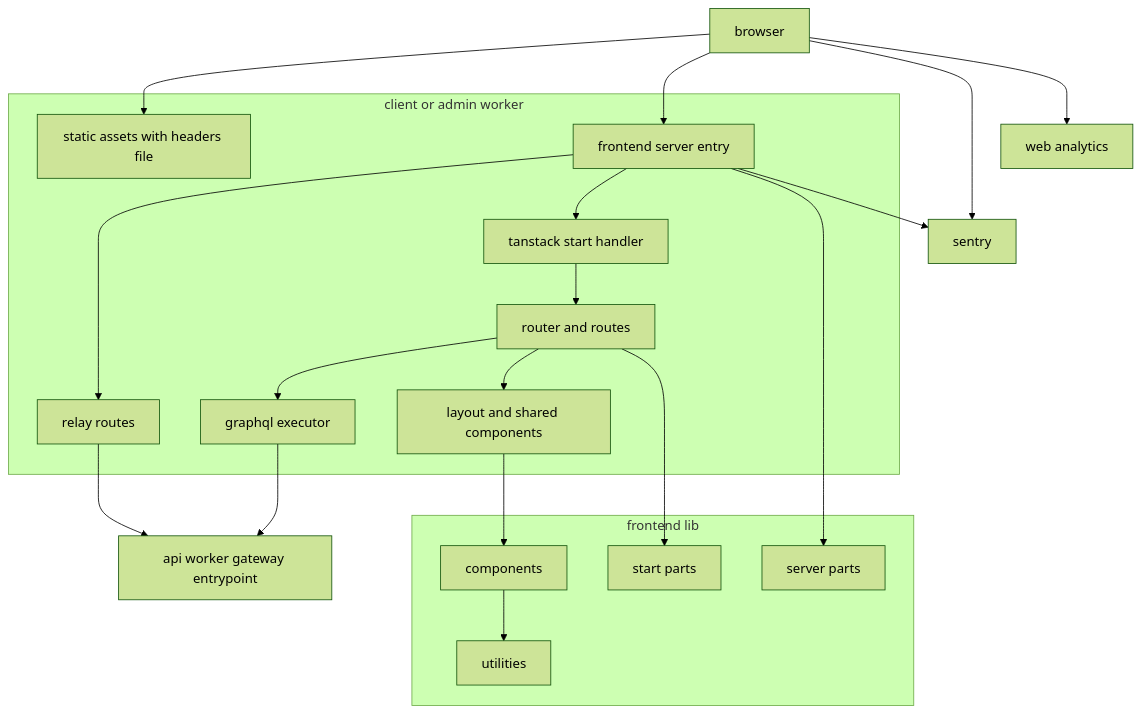
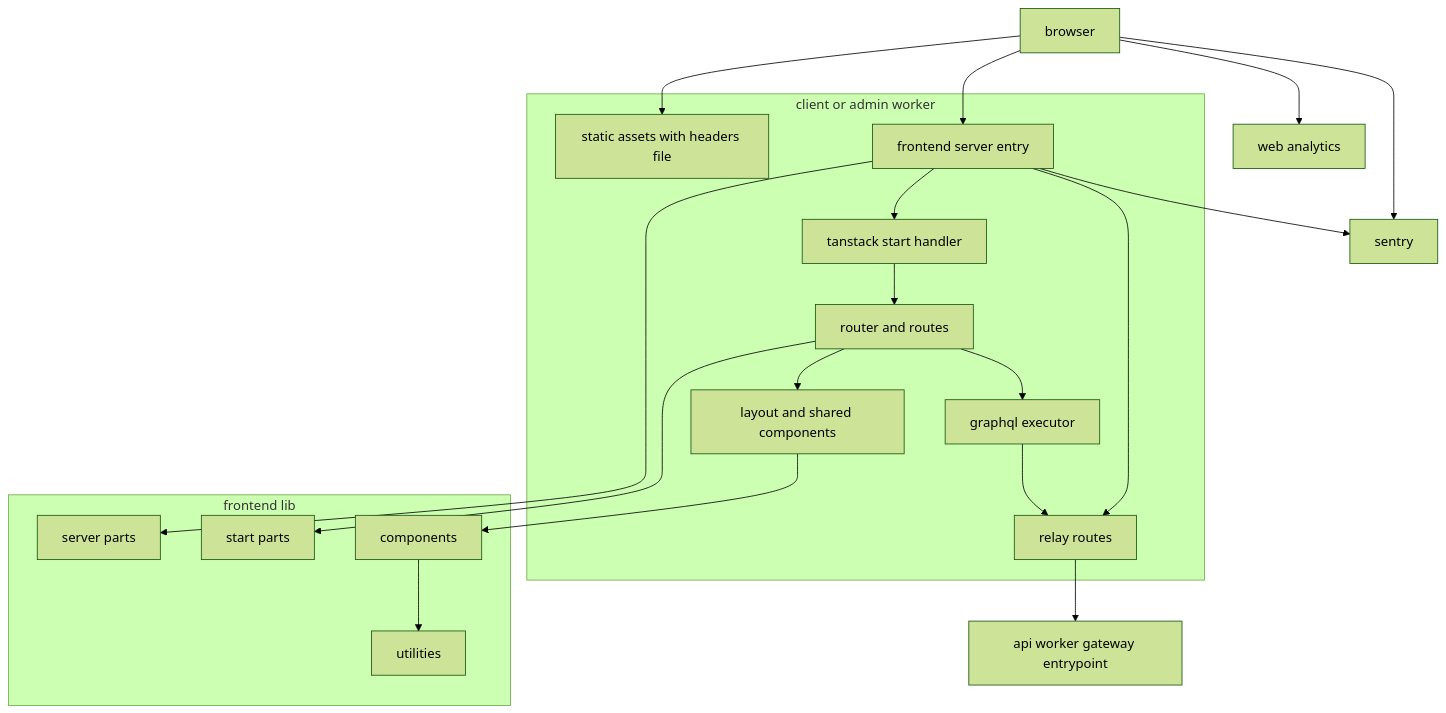
Before and after one commit to kurachiweb/genai-example-2-launch-platform: the first of 5 diagrams in .kiro/specs/frontend-platform/design.md, drawn with Mermaid (forest theme). The commit also changed other lines of this file, not shown here.

````diff
--- a/.kiro/specs/frontend-platform/design.md
+++ b/.kiro/specs/frontend-platform/design.md
@@ -84,38 +103,38 @@
 ```mermaid
 graph TB
     Browser[browser]
     subgraph FrontendWorker[client or admin worker]
         Assets[static assets with headers file]
         Entry[frontend server entry]
         Relay[relay routes]
         Start[tanstack start handler]
         Router[router and routes]
         Executor[graphql executor]
         Shell[layout and shared components]
     end
     subgraph SharedLib[frontend lib]
         ServerParts[server parts]
         StartParts[start parts]
         Utilities[utilities]
         Components[components]
     end
     ApiGateway[api worker gateway entrypoint]
     Sentry[sentry]
     Analytics[web analytics]
     Browser --> Assets
     Browser --> Entry
     Entry --> Relay
     Entry --> Start
     Start --> Router
     Router --> Executor
     Router --> Shell
     Relay --> ApiGateway
-    Executor --> ApiGateway
+    Executor --> Relay
     Entry --> ServerParts
     Router --> StartParts
     Shell --> Components
     Components --> Utilities
     Browser --> Sentry
     Entry --> Sentry
     Browser --> Analytics
 ```
````
